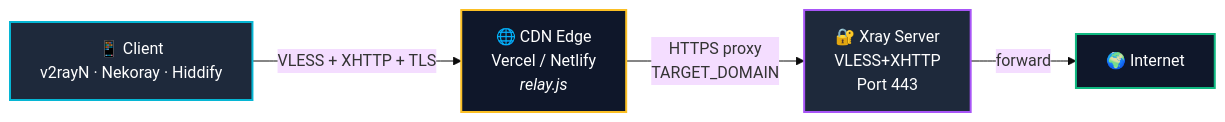
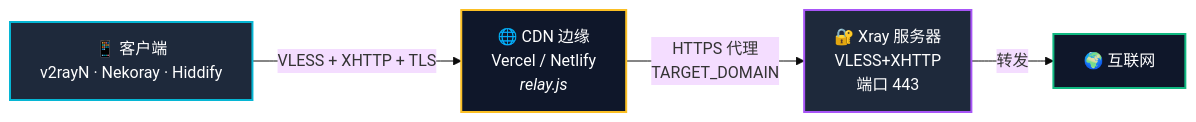
The first of 2 diagrams in README.md (zsigoio/XHTTP-Installer), drawn with Mermaid (base theme) before and after one commit. The commit also changed other lines of this file and 3 other files, not shown here.

````diff
--- a/README.md
+++ b/README.md
@@ -88,11 +75,11 @@
 ```mermaid
 flowchart LR
-    A["📱 Client<br/>v2rayN · Nekoray · Hiddify"] -->|"VLESS + XHTTP + TLS"| B
-    B["🌐 CDN Edge<br/>Vercel / Netlify<br/><i>relay.js</i>"] -->|"HTTPS proxy<br/>TARGET_DOMAIN"| C
-    C["🔐 Xray Server<br/>VLESS+XHTTP<br/>Port 443"] -->|"forward"| D["🌍 Internet"]
+    A["📱 客户端<br/>v2rayN · Nekoray · Hiddify"] -->|"VLESS + XHTTP + TLS"| B
+    B["🌐 CDN 边缘<br/>Vercel / Netlify<br/><i>relay.js</i>"] -->|"HTTPS 代理<br/>TARGET_DOMAIN"| C
+    C["🔐 Xray 服务器<br/>VLESS+XHTTP<br/>端口 443"] -->|"转发"| D["🌍 互联网"]
 
     style A fill:#1e293b,stroke:#06b6d4,stroke-width:2px,color:#fff
     style B fill:#0f172a,stroke:#fbbf24,stroke-width:2px,color:#fff
     style C fill:#1e293b,stroke:#a855f7,stroke-width:2px,color:#fff
     style D fill:#0f172a,stroke:#10b981,stroke-width:2px,color:#fff
 ```
````
